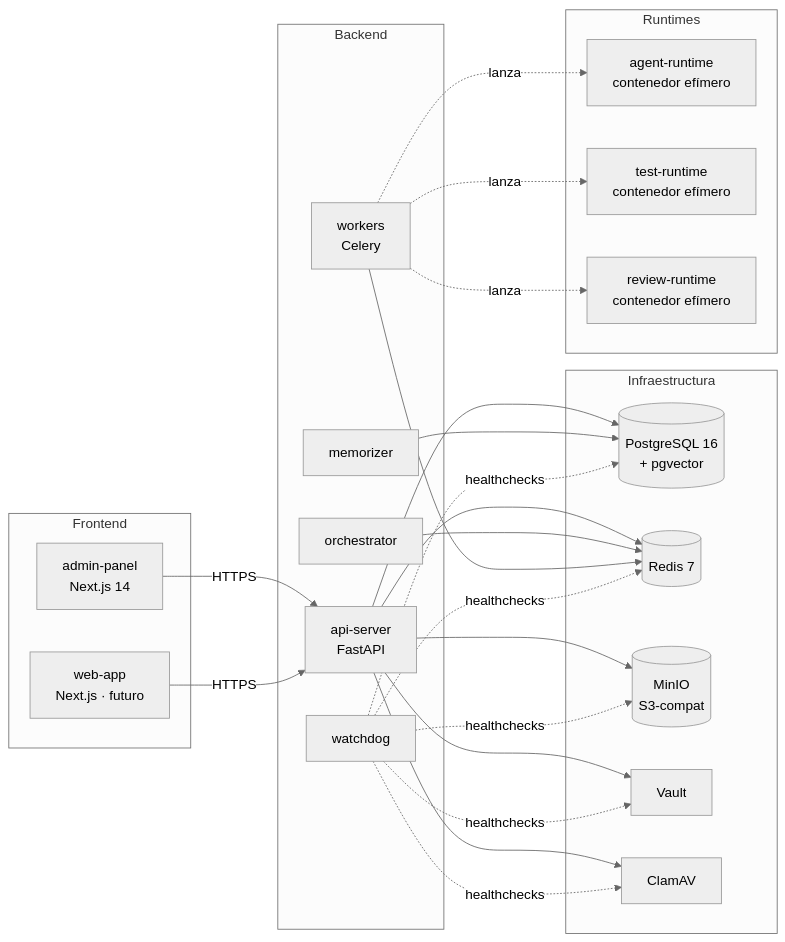
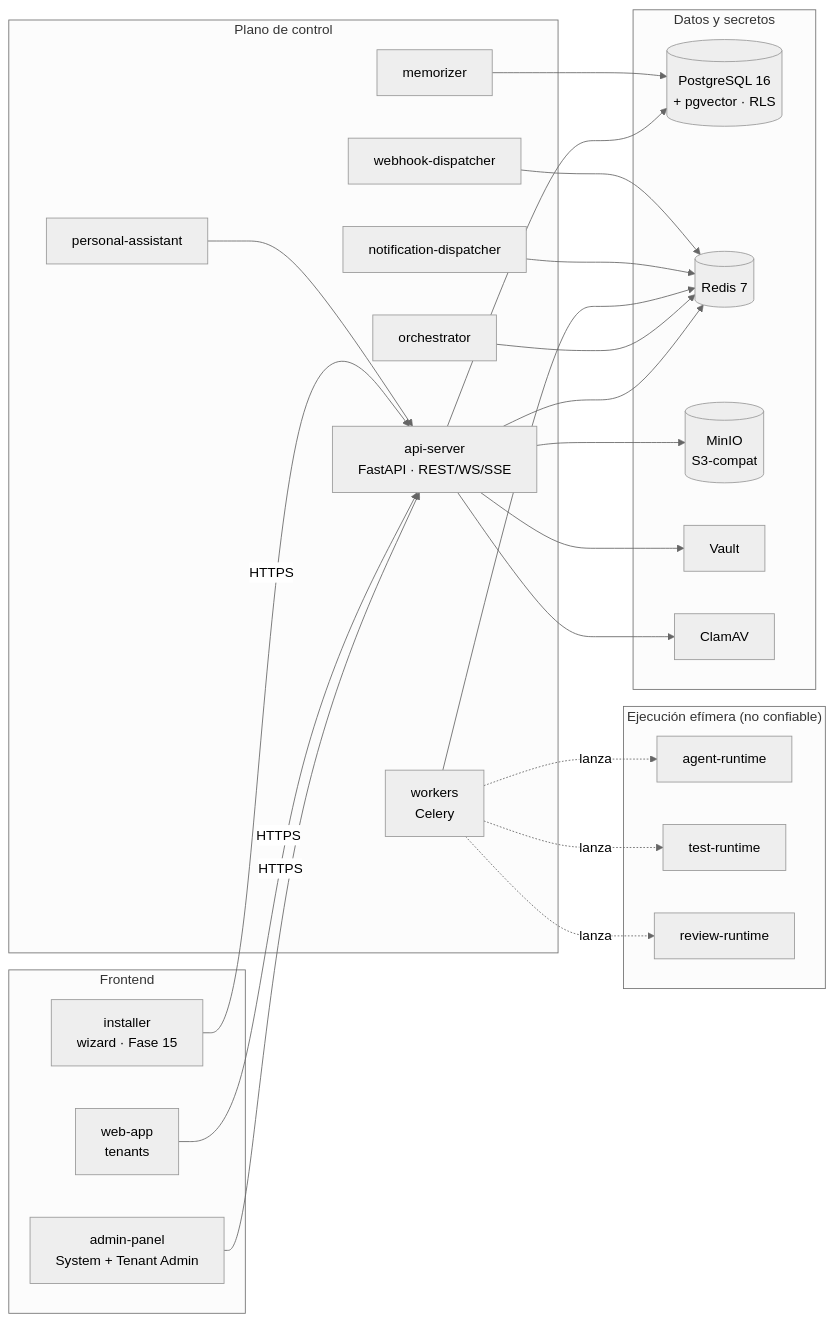
The diagram in docs/01-overview/02-architecture.md (daycry/agent-ai-multitenant), drawn with Mermaid (neutral theme) before and after one commit. The commit also changed other lines of this file and 6 other files, not shown here.

````diff
--- a/docs/01-overview/02-architecture.md
+++ b/docs/01-overview/02-architecture.md
@@ -9,48 +18,41 @@
 ```mermaid
 flowchart LR
     subgraph Frontend
-        AP[admin-panel<br/>Next.js 14]
-        WA[web-app<br/>Next.js · futuro]
+        AP[admin-panel<br/>System + Tenant Admin]
+        WA[web-app<br/>tenants]
+        INS[installer<br/>wizard · Fase 15]
     end
 
-    subgraph Backend
-        API[api-server<br/>FastAPI]
+    subgraph Control["Plano de control"]
+        API[api-server<br/>FastAPI · REST/WS/SSE]
         ORQ[orchestrator]
         WRK[workers<br/>Celery]
         MEM[memorizer]
-        WDG[watchdog]
+        PA[personal-assistant]
+        ND[notification-dispatcher]
+        WD[webhook-dispatcher]
     end
 
-    subgraph Infraestructura
-        PG[(PostgreSQL 16<br/>+ pgvector)]
+    subgraph Datos["Datos y secretos"]
+        PG[(PostgreSQL 16<br/>+ pgvector · RLS)]
         RED[(Redis 7)]
         MIN[(MinIO<br/>S3-compat)]
         VLT[Vault]
         CAV[ClamAV]
     end
 
-    subgraph Runtimes
-        RT1[agent-runtime<br/>contenedor efímero]
-        RT2[test-runtime<br/>contenedor efímero]
-        RT3[review-runtime<br/>contenedor efímero]
+    subgraph Runtimes["Ejecución efímera (no confiable)"]
+        RT1[agent-runtime]
+        RT2[test-runtime]
+        RT3[review-runtime]
     end
 
-    AP -- HTTPS --> API
-    WA -- HTTPS --> API
-    API --> PG
-    API --> RED
-    API --> VLT
-    API --> MIN
-    API --> CAV
+    AP & WA & INS -- HTTPS --> API
+    API --> PG & RED & VLT & MIN & CAV
     ORQ --> RED
     WRK --> RED
-    WRK -.lanza.-> RT1
-    WRK -.lanza.-> RT2
-    WRK -.lanza.-> RT3
+    WRK -.lanza.-> RT1 & RT2 & RT3
     MEM --> PG
-    WDG -.healthchecks.-> PG
-    WDG -.healthchecks.-> RED
-    WDG -.healthchecks.-> MIN
-    WDG -.healthchecks.-> VLT
-    WDG -.healthchecks.-> CAV
+    PA --> API
+    ND & WD --> RED
 ```
````
